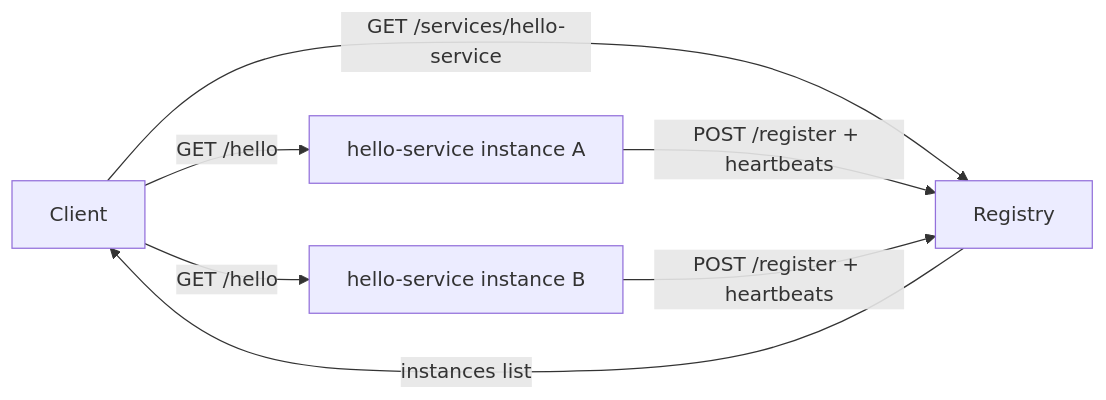
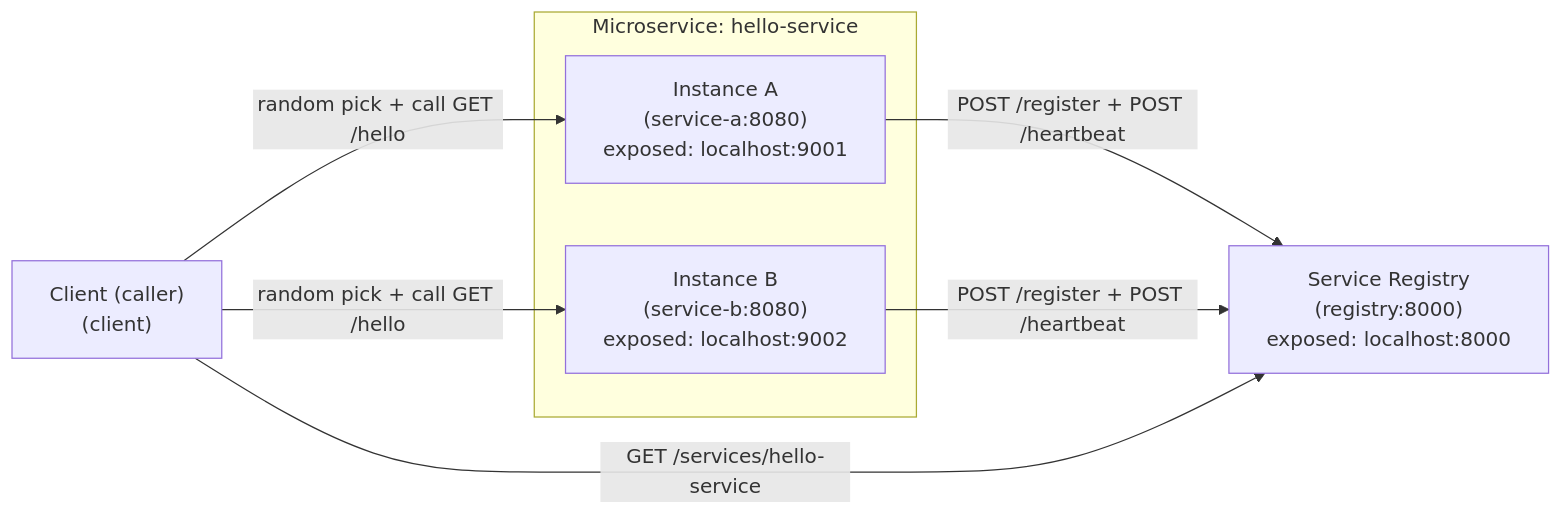
Before and after one commit to nksakhil22/Naming-and-Service-Discovery-Assignment: the diagram in README.md, drawn with Mermaid. The commit also changed other lines of this file, not shown here.

````diff
--- a/README.md
+++ b/README.md
@@ -11,9 +11,16 @@
 ```mermaid
 flowchart LR
-  C[Client] -->|GET /services/hello-service| R[Registry]
-  R -->|instances list| C
-  C -->|GET /hello| S1[hello-service instance A]
-  C -->|GET /hello| S2[hello-service instance B]
-  S1 -->|POST /register + heartbeats| R
-  S2 -->|POST /register + heartbeats| R
+  subgraph Services["Microservice: hello-service"]
+    S1["Instance A\n(service-a:8080)\nexposed: localhost:9001"]
+    S2["Instance B\n(service-b:8080)\nexposed: localhost:9002"]
+  end
+
+  R["Service Registry\n(registry:8000)\nexposed: localhost:8000"]
+  C["Client (caller)\n(client)"]
+
+  S1 -- "POST /register + POST /heartbeat" --> R
+  S2 -- "POST /register + POST /heartbeat" --> R
+  C  -- "GET /services/hello-service" --> R
+  C  -- "random pick + call GET /hello" --> S1
+  C  -- "random pick + call GET /hello" --> S2
 ```
````
